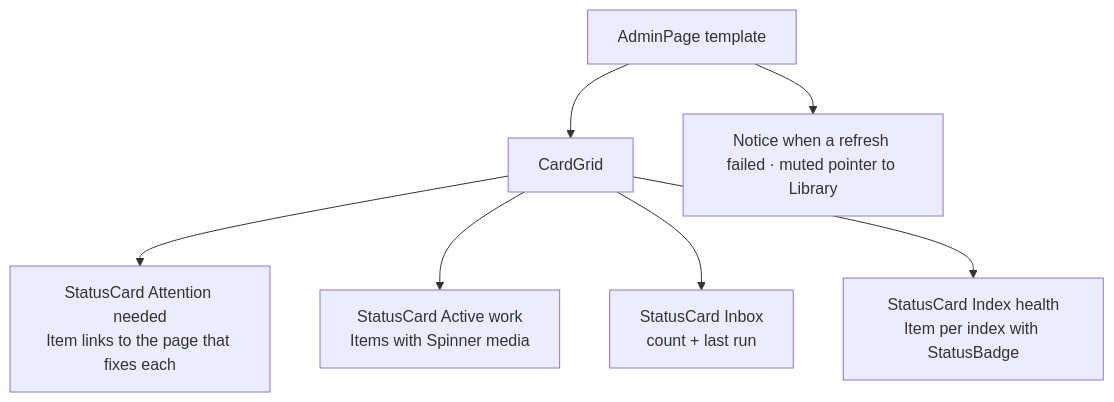
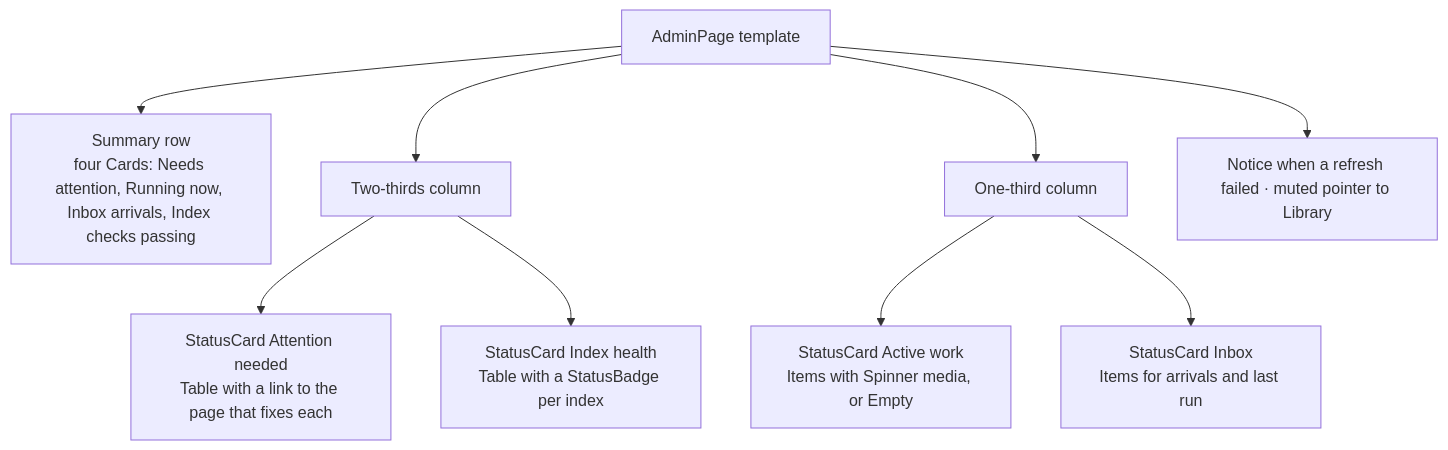
One commit to flyingrobots/reader changed the diagram in docs/admin-design/overview.md. Above: the diagram before and after it, drawn with Mermaid. The commit also changed other lines of this file and 20 other files, not shown here.

````diff
--- a/docs/admin-design/overview.md
+++ b/docs/admin-design/overview.md
@@ -18,10 +18,12 @@
 ```mermaid
 flowchart TB
   page[AdminPage template]
-  page --> grid[CardGrid]
-  grid --> att[StatusCard Attention needed<br/>Item links to the page that fixes each]
-  grid --> act[StatusCard Active work<br/>Items with Spinner media]
-  grid --> inb[StatusCard Inbox<br/>count + last run]
-  grid --> idx[StatusCard Index health<br/>Item per index with StatusBadge]
+  page --> row[Summary row<br/>four Cards: Needs attention, Running now, Inbox arrivals, Index checks passing]
+  page --> main[Two-thirds column]
+  page --> side[One-third column]
+  main --> att[StatusCard Attention needed<br/>Table with a link to the page that fixes each]
+  main --> idx[StatusCard Index health<br/>Table with a StatusBadge per index]
+  side --> act[StatusCard Active work<br/>Items with Spinner media, or Empty]
+  side --> inb[StatusCard Inbox<br/>Items for arrivals and last run]
   page --> notes[Notice when a refresh failed · muted pointer to Library]
 ```
````
